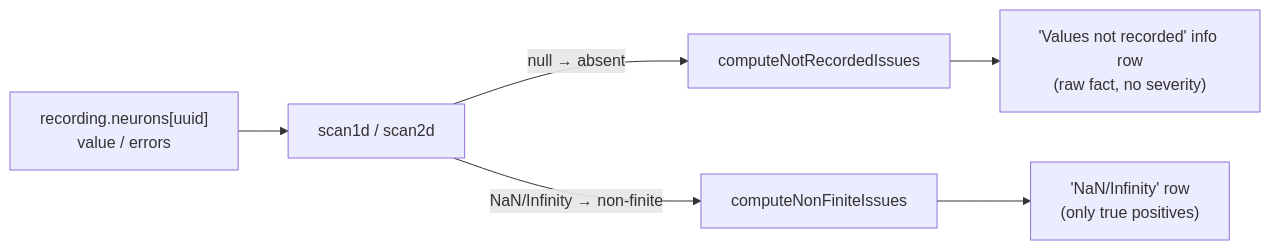
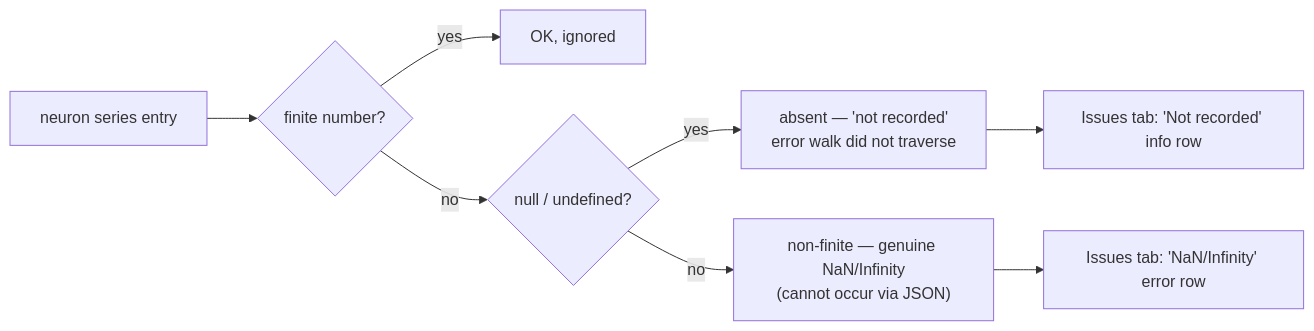
One commit to stSoftwareAU/NEAT-AI-Explore changed the diagram in docs/archive/pr-summaries/pr-summary-507.md. Above: the diagram before and after it, drawn with Mermaid. The commit also changed other lines of this file, not shown here.

````diff
--- a/docs/archive/pr-summaries/pr-summary-507.md
+++ b/docs/archive/pr-summaries/pr-summary-507.md
@@ -25,8 +44,10 @@
 ```mermaid
 flowchart LR
-    R["recording.neurons[uuid]<br/>value / errors"] --> S["scan1d / scan2d"]
-    S -->|"null → absent"| NR["computeNotRecordedIssues"]
-    S -->|"NaN/Infinity → non-finite"| NF["computeNonFiniteIssues"]
-    NR --> IR["'Values not recorded' info row<br/>(raw fact, no severity)"]
-    NF --> ER["'NaN/Infinity' row<br/>(only true positives)"]
+    A[neuron series entry] --> B{finite number?}
+    B -- yes --> C[OK, ignored]
+    B -- no --> D{null / undefined?}
+    D -- yes --> E["absent — 'not recorded'<br/>error walk did not traverse"]
+    D -- no --> F["non-finite — genuine NaN/Infinity<br/>(cannot occur via JSON)"]
+    E --> G["Issues tab: 'Not recorded' info row"]
+    F --> H["Issues tab: 'NaN/Infinity' error row"]
 ```
````
